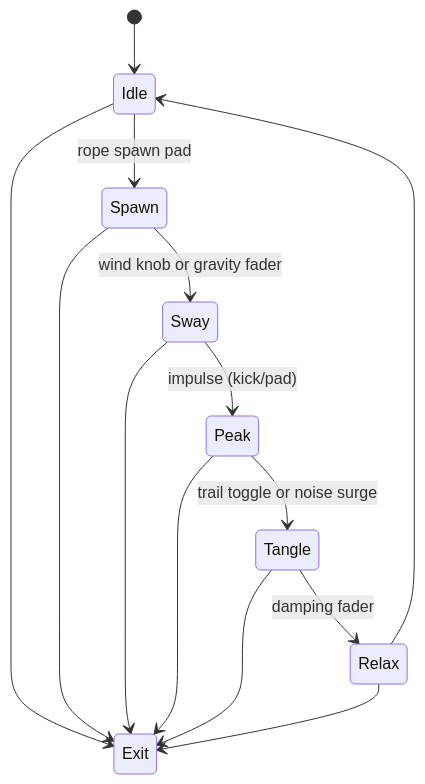
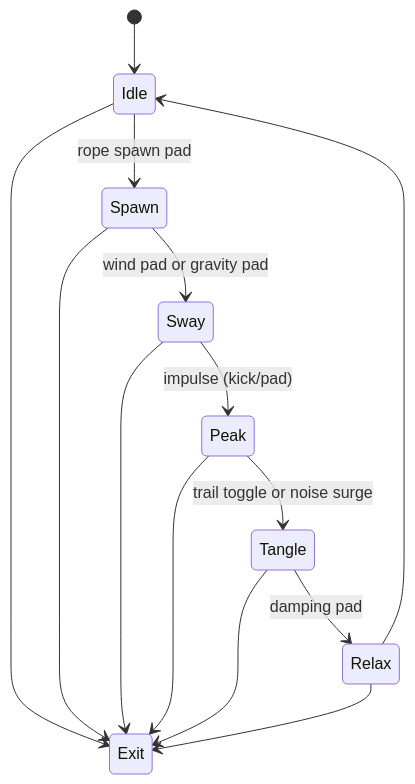
One commit to abossard/synesthesia-visuals changed the ninth of 15 diagrams in docs/processing-syphon-idea-board.md. Above: the diagram before and after it, drawn with Mermaid. The commit also changed other lines of this file and 1 other file, not shown here.

````diff
--- a/docs/processing-syphon-idea-board.md
+++ b/docs/processing-syphon-idea-board.md
@@ -289,16 +294,16 @@
   ```mermaid
   stateDiagram-v2
     [*] --> Idle
     Idle --> Spawn : rope spawn pad
-    Spawn --> Sway : wind knob or gravity fader
+    Spawn --> Sway : wind pad or gravity pad
     Sway --> Peak : impulse (kick/pad)
     Peak --> Tangle : trail toggle or noise surge
-    Tangle --> Relax : damping fader
+    Tangle --> Relax : damping pad
     Relax --> Idle
     Idle --> Exit
     Spawn --> Exit
     Sway --> Exit
     Peak --> Exit
     Tangle --> Exit
     Relax --> Exit
   ```
````
